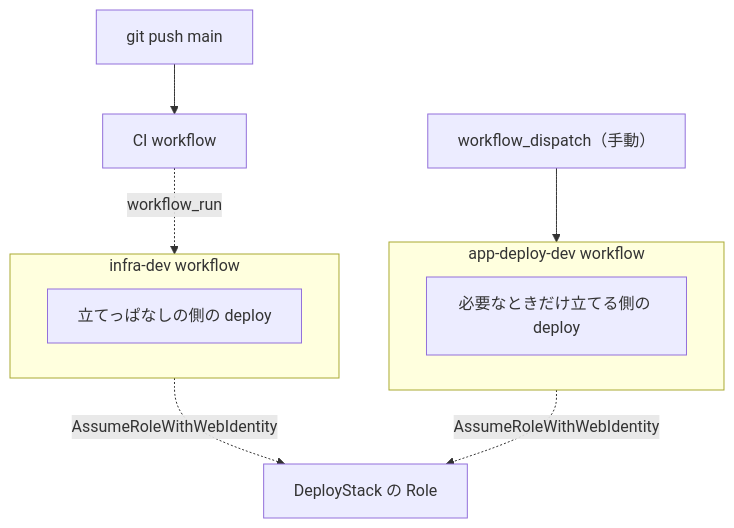
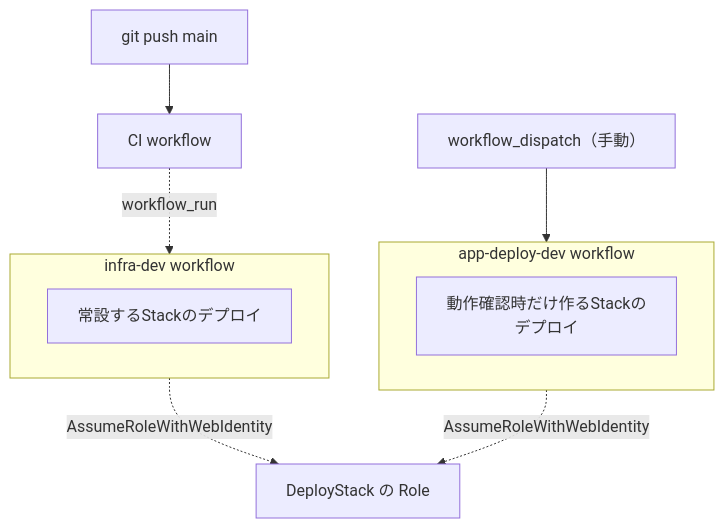
Before and after one commit to kyiwanami/zenn-docs: the fourth of 8 diagrams in articles/web-server-architecture.md, drawn with Mermaid. The commit also changed other lines of this file and 1 other file, not shown here.

````diff
--- a/articles/web-server-architecture.md
+++ b/articles/web-server-architecture.md
@@ -198,14 +200,14 @@
 ```mermaid
 flowchart TB
   push["git push main"] --> ci["CI workflow"]
   ci -. "workflow_run" .-> WF1
   dispatch["workflow_dispatch（手動）"] --> WF2
   subgraph WF1["infra-dev workflow"]
-    Infra["立てっぱなしの側の deploy"]
+    Infra["常設するStackのデプロイ"]
   end
   subgraph WF2["app-deploy-dev workflow"]
-    Runtime["必要なときだけ立てる側の deploy"]
+    Runtime["動作確認時だけ作るStackのデプロイ"]
   end
   WF1 -. "AssumeRoleWithWebIdentity" .-> role["DeployStack の Role"]
   WF2 -. "AssumeRoleWithWebIdentity" .-> role
 ```
````
